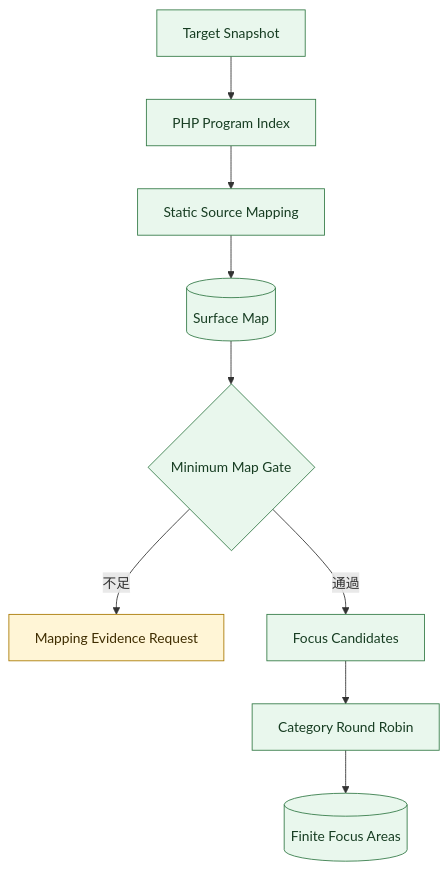
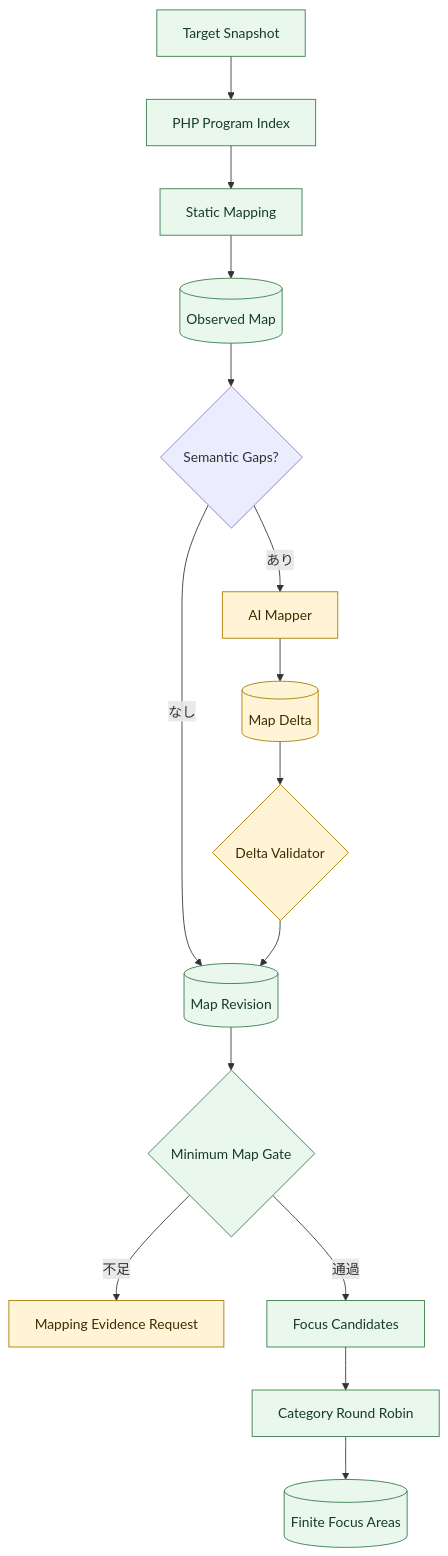
Before and after one commit to momoponwork1415-lgtm/wordpress-harness: the first of 6 diagrams in docs/design/architecture/exploration-agent-architecture.md, drawn with Mermaid. The commit also changed other lines of this file and 21 other files, not shown here.

Commit message:
Implement first model-assisted surface mapping slice

````diff
--- a/docs/design/architecture/exploration-agent-architecture.md
+++ b/docs/design/architecture/exploration-agent-architecture.md
@@ -11,21 +11,29 @@
 ```mermaid
 flowchart TB
     snapshot["Target Snapshot"]
     index["PHP Program Index"]
-    mapper["Static Source Mapping"]
-    map[("Surface Map")]
+    mapper["Static Mapping"]
+    base[("Observed Map")]
+    gaps{"Semantic Gaps?"}
+    ai["AI Mapper"]
+    delta[("Map Delta")]
+    validate{"Delta Validator"}
+    map[("Map Revision")]
     gate{"Minimum Map Gate"}
     revise["Mapping Evidence Request"]
     candidates["Focus Candidates"]
     portfolio["Category Round Robin"]
     focus[("Finite Focus Areas")]
 
-    snapshot --> index --> mapper --> map --> gate
+    snapshot --> index --> mapper --> base --> gaps
+    gaps -->|"なし"| map
+    gaps -->|"あり"| ai --> delta --> validate --> map
+    map --> gate
     gate -->|"不足"| revise
     gate -->|"通過"| candidates --> portfolio --> focus
 
     classDef done fill:#e9f7ed,stroke:#337a46,color:#173d22;
     classDef partial fill:#fff5d6,stroke:#a87800,color:#3f2d00;
-    class snapshot,index,mapper,map,gate,candidates,portfolio,focus done;
-    class revise partial;
+    class snapshot,index,mapper,base,map,gate,candidates,portfolio,focus done;
+    class ai,delta,validate,revise partial;
 ```
````
